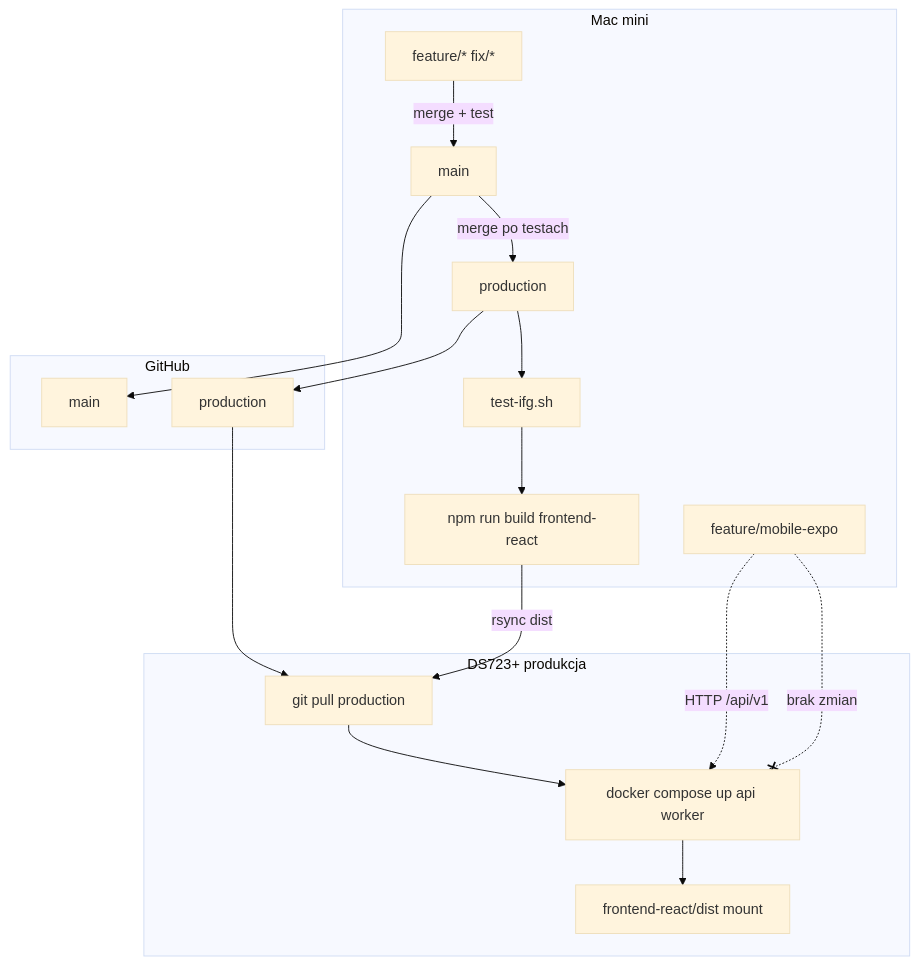
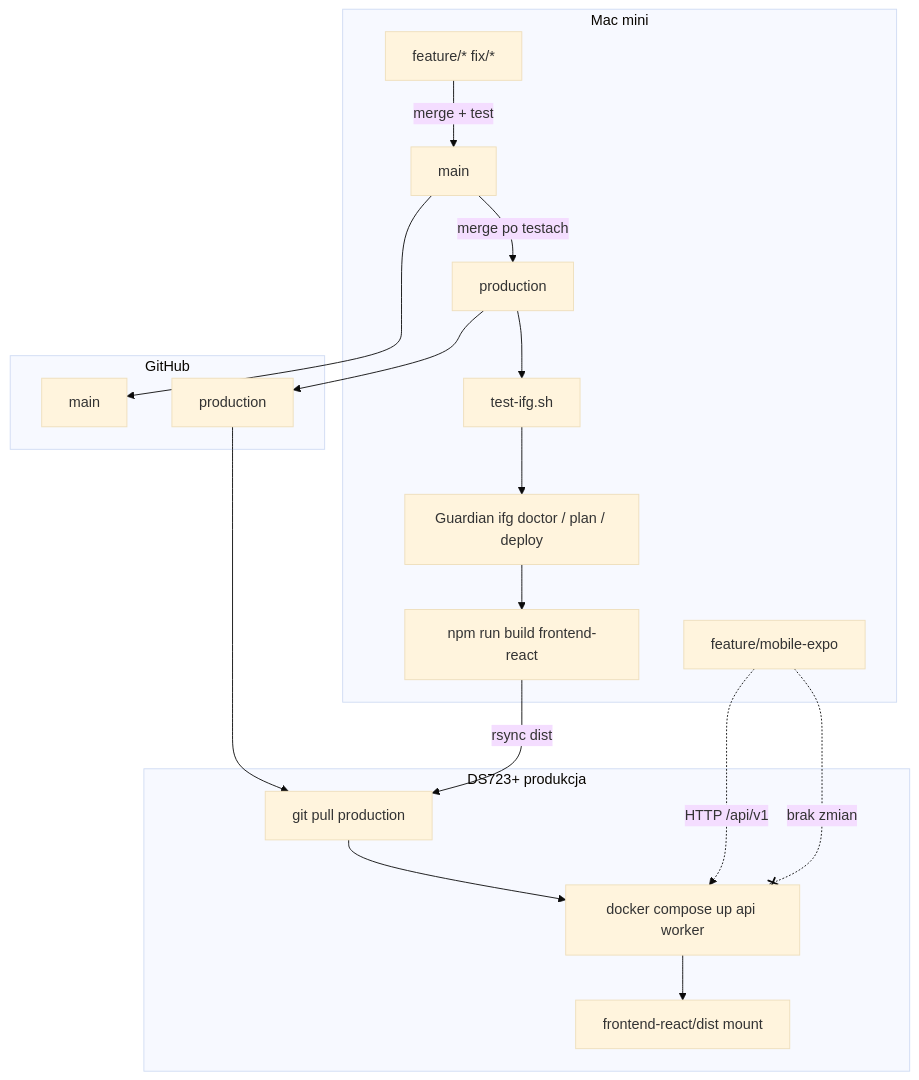
One commit to lukaszwyszom-creator/ifg changed the second of 2 diagrams in docs/WORKFLOW.md. Above: the diagram before and after it, drawn with Mermaid (base theme). The commit also changed other lines of this file and 240 other files, not shown here.

Commit message:
feat(guardian): introduce Guardian Platform with IFG operational profile

````diff
--- a/docs/WORKFLOW.md
+++ b/docs/WORKFLOW.md
@@ -81,32 +160,34 @@
 ```mermaid
 flowchart TB
   subgraph mac [Mac mini]
     FEAT[feature/* fix/*]
     MAIN[main]
     PROD_BRANCH[production]
     TEST[test-ifg.sh]
+    GUARDIAN[Guardian ifg doctor / plan / deploy]
     BUILD[npm run build frontend-react]
     MOBILE[feature/mobile-expo]
   end
 
   subgraph github [GitHub]
     GH_MAIN[main]
     GH_PROD[production]
   end
 
   subgraph ds723 [DS723+ produkcja]
     PULL[git pull production]
     DOCKER[docker compose up api worker]
     DIST[frontend-react/dist mount]
   end
 
   FEAT -->|merge + test| MAIN
   MAIN --> GH_MAIN
   MAIN -->|merge po testach| PROD_BRANCH
   PROD_BRANCH --> GH_PROD
-  PROD_BRANCH --> TEST --> BUILD
+  PROD_BRANCH --> TEST --> GUARDIAN
+  GUARDIAN --> BUILD
   BUILD -->|rsync dist| PULL
   GH_PROD --> PULL --> DOCKER --> DIST
   MOBILE -.->|HTTP /api/v1| DOCKER
   MOBILE -.-x|brak zmian| DOCKER
 ```
````
